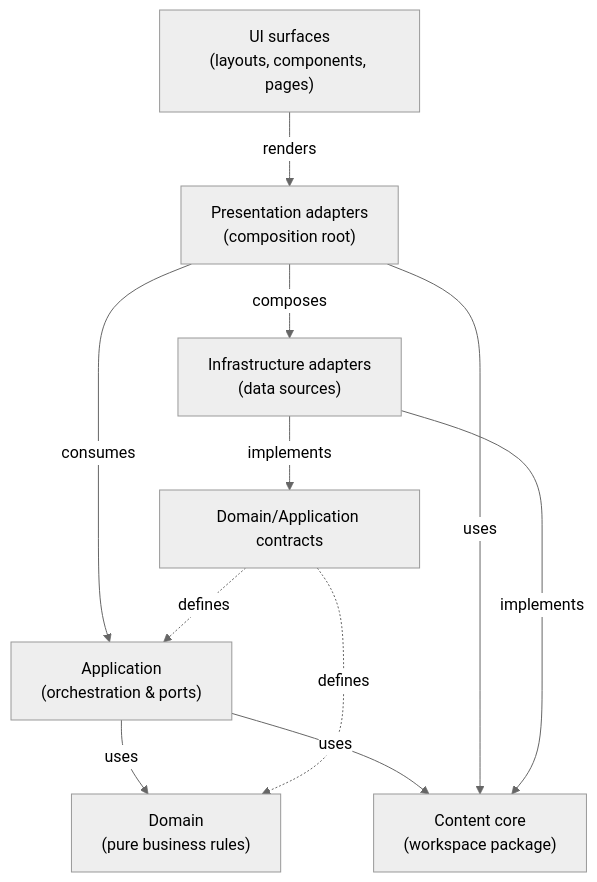
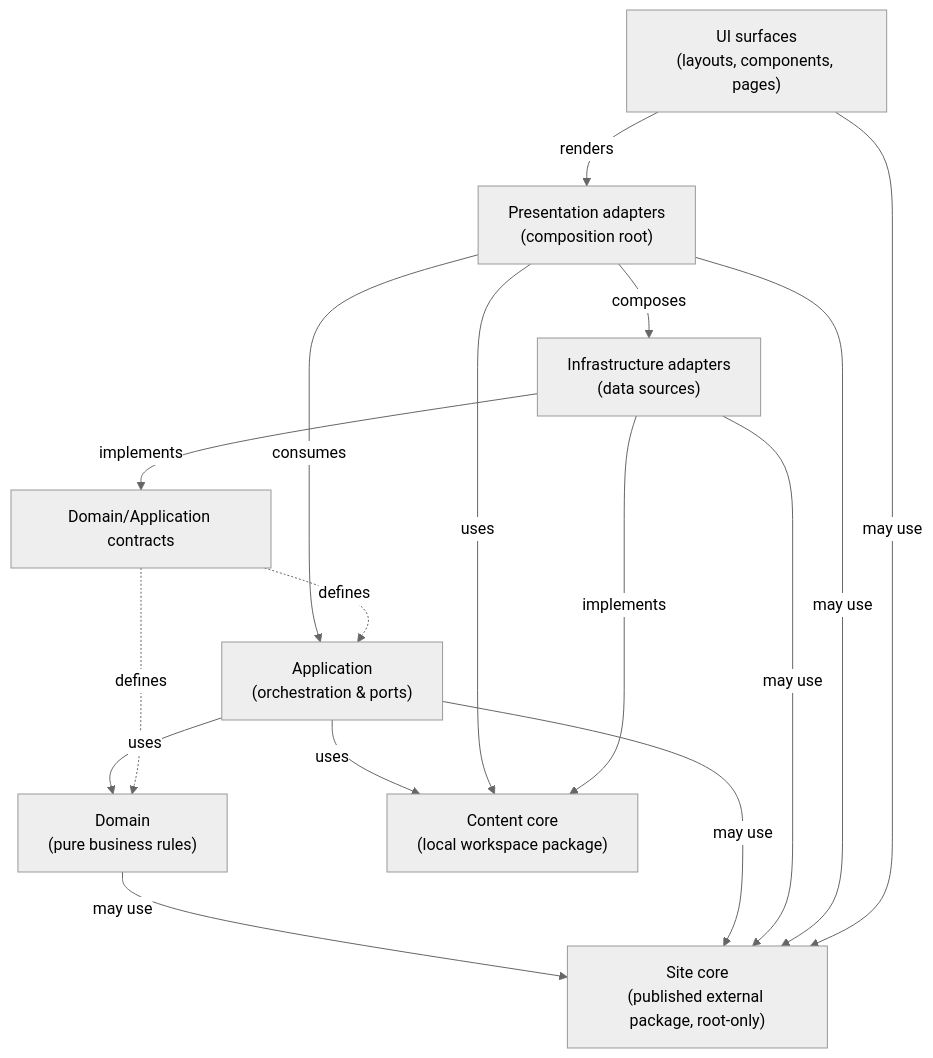
Before and after one commit to r8vnhill/dibs-astro: the diagram in docs/architecture/layer-separation.md, drawn with Mermaid (neutral theme). The commit also changed other lines of this file and 4 other files, not shown here.

First line of the commit message:
📚 docs(design): Clarify `site-core` architecture as external package

````diff
--- a/docs/architecture/layer-separation.md
+++ b/docs/architecture/layer-separation.md
@@ -116,21 +120,27 @@
 ```mermaid
 graph TD
     UI["UI surfaces<br/>(layouts, components, pages)"]
     PA["Presentation adapters<br/>(composition root)"]
     APP["Application<br/>(orchestration & ports)"]
     DOMAIN["Domain<br/>(pure business rules)"]
-    CORE["Content core<br/>(workspace package)"]
+    CONTENT["Content core<br/>(local workspace package)"]
+    SITE["Site core<br/>(published external package, root-only)"]
     INFRA["Infrastructure adapters<br/>(data sources)"]
     CONTRACTS["Domain/Application contracts"]
     
     UI -->|renders| PA
     PA -->|consumes| APP
     APP -->|uses| DOMAIN
-    APP -->|uses| CORE
-    PA -->|uses| CORE
-    INFRA -->|implements| CORE
+    APP -->|uses| CONTENT
+    PA -->|uses| CONTENT
+    DOMAIN -->|may use| SITE
+    APP -->|may use| SITE
+    INFRA -->|may use| SITE
+    PA -->|may use| SITE
+    UI -->|may use| SITE
+    INFRA -->|implements| CONTENT
     PA -->|composes| INFRA
     INFRA -->|implements| CONTRACTS
     CONTRACTS -.->|defines| DOMAIN
     CONTRACTS -.->|defines| APP
 ```
````
